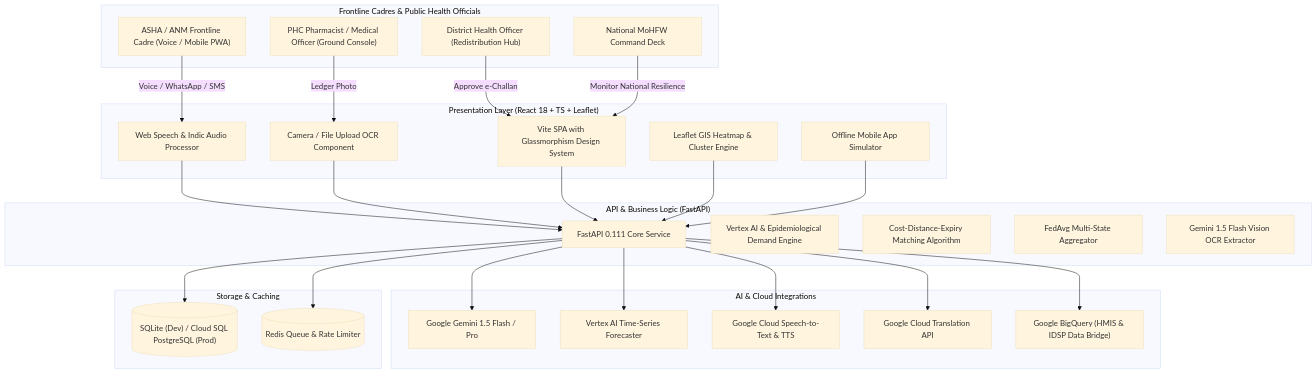
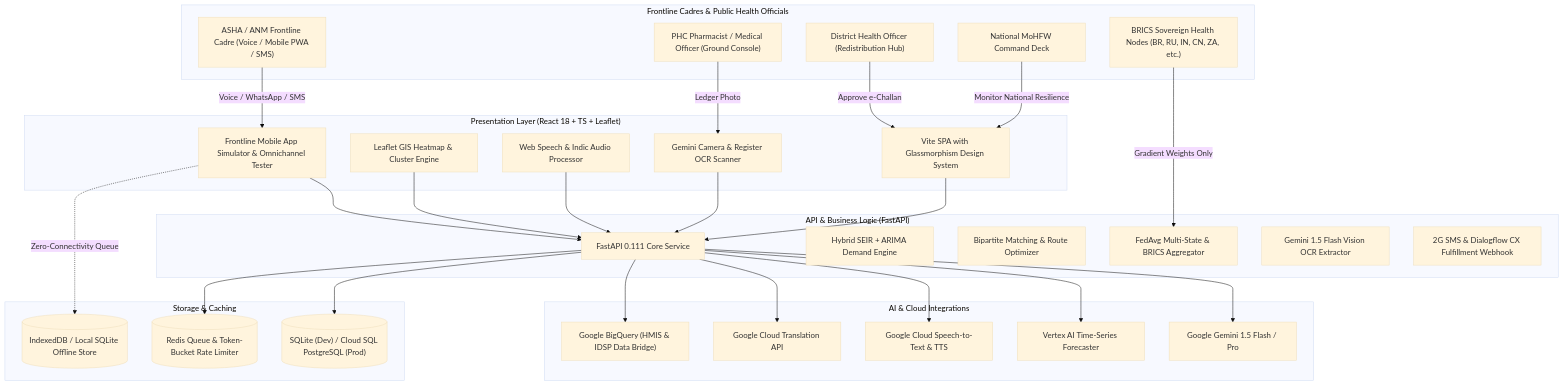
One commit to chiraghs/Sanjeevini changed the first of 4 diagrams in README.md. Above: the diagram before and after it, drawn with Mermaid (base theme). The commit also changed other lines of this file, not shown here.

Commit message:
docs: expand detailed executive-grade README with resilience framework, architecture, and API specs

````diff
--- a/README.md
+++ b/README.md
@@ -64,58 +88,64 @@
 ```mermaid
 flowchart TD
     subgraph "Frontline Cadres & Public Health Officials"
-        ASHA["ASHA / ANM Frontline Cadre (Voice / Mobile PWA)"]
+        ASHA["ASHA / ANM Frontline Cadre (Voice / Mobile PWA / SMS)"]
         PHC["PHC Pharmacist / Medical Officer (Ground Console)"]
         DMO["District Health Officer (Redistribution Hub)"]
         MoHFW["National MoHFW Command Deck"]
+        BRICS["BRICS Sovereign Health Nodes (BR, RU, IN, CN, ZA, etc.)"]
     end
 
     subgraph "Presentation Layer (React 18 + TS + Leaflet)"
         UI["Vite SPA with Glassmorphism Design System"]
         GIS["Leaflet GIS Heatmap & Cluster Engine"]
         VoiceUI["Web Speech & Indic Audio Processor"]
-        CameraUI["Camera / File Upload OCR Component"]
-        SimUI["Offline Mobile App Simulator"]
+        CameraUI["Gemini Camera & Register OCR Scanner"]
+        SimUI["Frontline Mobile App Simulator & Omnichannel Tester"]
     end
 
     subgraph "API & Business Logic (FastAPI)"
         API["FastAPI 0.111 Core Service"]
-        ForecastingService["Vertex AI & Epidemiological Demand Engine"]
-        RedistributionService["Cost-Distance-Expiry Matching Algorithm"]
-        FederatedCoordinator["FedAvg Multi-State Aggregator"]
+        ForecastingService["Hybrid SEIR + ARIMA Demand Engine"]
+        RedistributionService["Bipartite Matching & Route Optimizer"]
+        FederatedCoordinator["FedAvg Multi-State & BRICS Aggregator"]
         MultimodalService["Gemini 1.5 Flash Vision OCR Extractor"]
+        OmnichannelRouter["2G SMS & Dialogflow CX Fulfillment Webhook"]
     end
 
     subgraph "AI & Cloud Integrations"
         Gemini["Google Gemini 1.5 Flash / Pro"]
         Vertex["Vertex AI Time-Series Forecaster"]
         STT["Google Cloud Speech-to-Text & TTS"]
         Translation["Google Cloud Translation API"]
         BigQuery["Google BigQuery (HMIS & IDSP Data Bridge)"]
     end
 
     subgraph "Storage & Caching"
         DB[("SQLite (Dev) / Cloud SQL PostgreSQL (Prod)")]
-        RedisStore[("Redis Queue & Rate Limiter")]
+        LocalCache[("IndexedDB / Local SQLite Offline Store")]
+        RedisStore[("Redis Queue & Token-Bucket Rate Limiter")]
     end
 
-    ASHA -->|Voice / WhatsApp / SMS| VoiceUI
+    %% Connections
+    ASHA -->|Voice / WhatsApp / SMS| SimUI
     PHC -->|Ledger Photo| CameraUI
     DMO -->|Approve e-Challan| UI
     MoHFW -->|Monitor National Resilience| UI
+    BRICS -->|Gradient Weights Only| FederatedCoordinator
 
     VoiceUI --> API
     CameraUI --> API
     UI --> API
     GIS --> API
     SimUI --> API
 
     API --> Gemini
     API --> Vertex
     API --> STT
     API --> Translation
     API --> BigQuery
 
     API --> DB
     API --> RedisStore
+    SimUI -.->|Zero-Connectivity Queue| LocalCache
 ```
````
